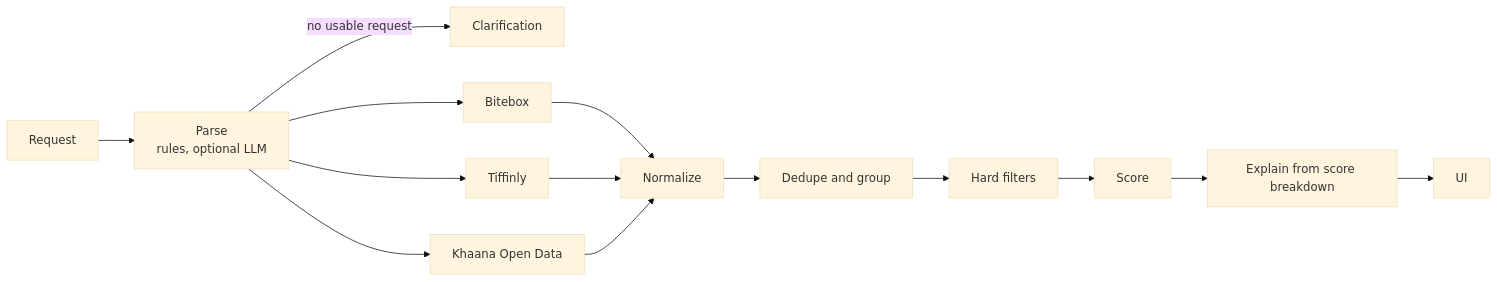
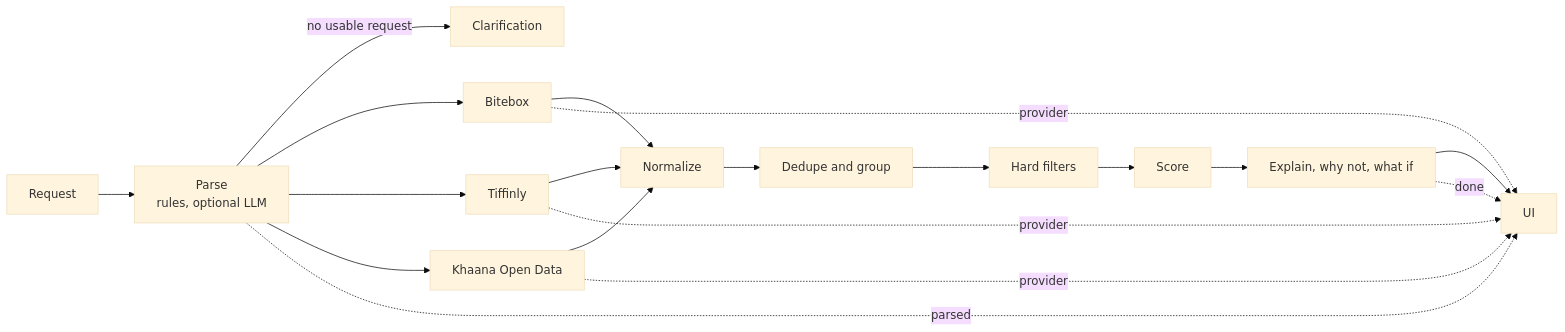
One commit to smitdighe/Thali changed the diagram in README.md. Above: the diagram before and after it, drawn with Mermaid (base theme). The commit also changed other lines of this file, not shown here.

````diff
--- a/README.md
+++ b/README.md
@@ -58,16 +58,21 @@
 ```mermaid
 flowchart LR
     A[Request] --> B[Parse<br/>rules, optional LLM]
     B -->|no usable request| Z[Clarification]
     B --> C1[Bitebox]
     B --> C2[Tiffinly]
     B --> C3[Khaana Open Data]
     C1 --> D[Normalize]
     C2 --> D
     C3 --> D
     D --> E[Dedupe and group]
     E --> F[Hard filters]
     F --> G[Score]
-    G --> H[Explain from score breakdown]
+    G --> H[Explain, why not, what if]
     H --> I[UI]
+    B -. parsed .-> I
+    C1 -. provider .-> I
+    C2 -. provider .-> I
+    C3 -. provider .-> I
+    H -. done .-> I
 ```
````
